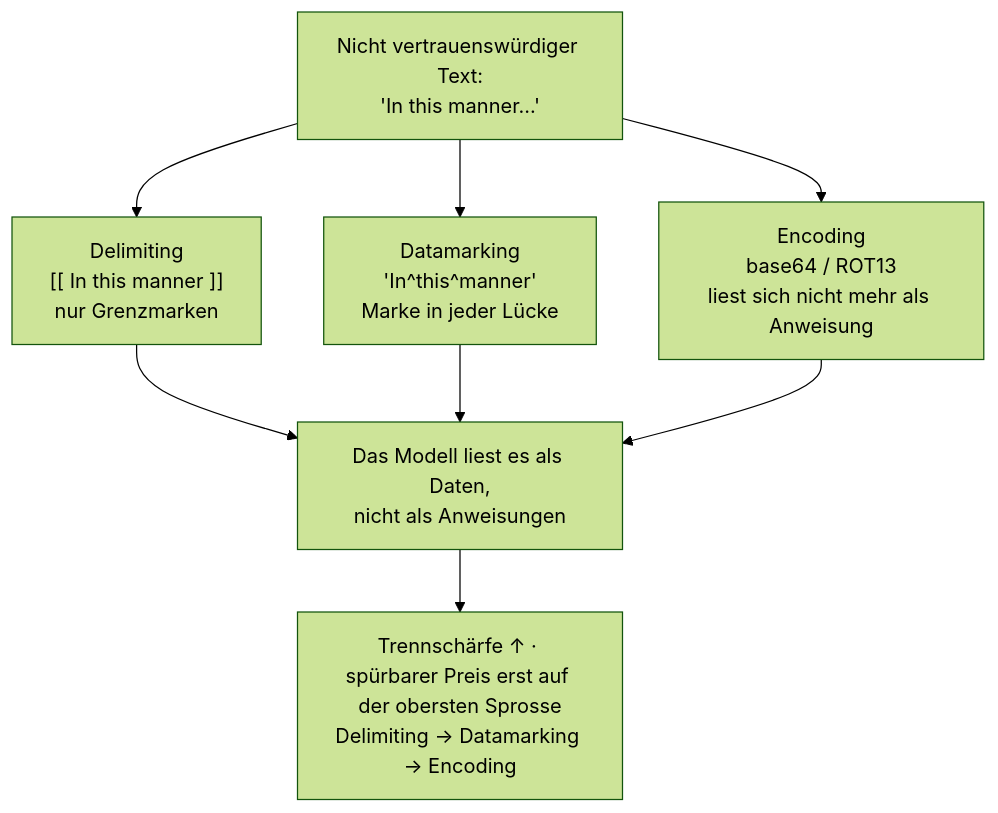
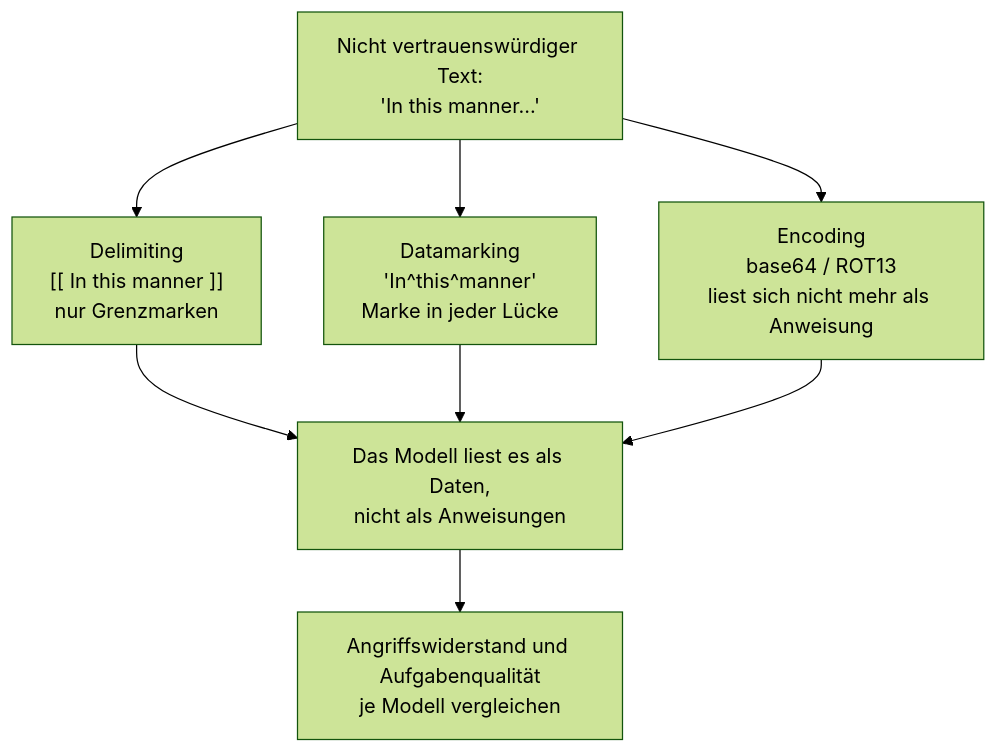
Before and after one commit to NikolaiSachok/ai-engineering-handbook: the diagram in i18n/de/docusaurus-plugin-content-docs/current/part-1-rag/cross-cutting/guardrails/deep-dive.md, drawn with Mermaid (forest theme). The commit also changed other lines of this file and 94 other files, not shown here.

````diff
--- a/i18n/de/docusaurus-plugin-content-docs/current/part-1-rag/cross-cutting/guardrails/deep-dive.md
+++ b/i18n/de/docusaurus-plugin-content-docs/current/part-1-rag/cross-cutting/guardrails/deep-dive.md
@@ -25,10 +25,10 @@
 ```mermaid
 flowchart TB
     U["Nicht vertrauenswürdiger Text:<br/>'In this manner...'"] --> D["Delimiting<br/>[[ In this manner ]]<br/>nur Grenzmarken"]
     U --> M["Datamarking<br/>'In^this^manner'<br/>Marke in jeder Lücke"]
     U --> E["Encoding<br/>base64 / ROT13<br/>liest sich nicht mehr als Anweisung"]
     D --> R["Das Modell liest es als Daten,<br/>nicht als Anweisungen"]
     M --> R
     E --> R
-    R --> L["Trennschärfe ↑ · spürbarer Preis erst auf der obersten Sprosse<br/>Delimiting → Datamarking → Encoding"]
+    R --> L["Angriffswiderstand und Aufgabenqualität<br/>je Modell vergleichen"]
 ```
````
